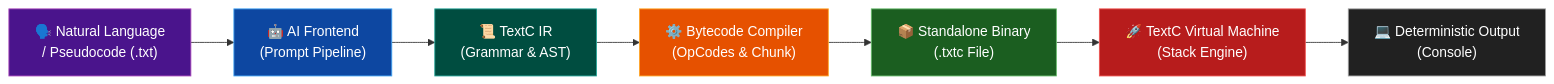
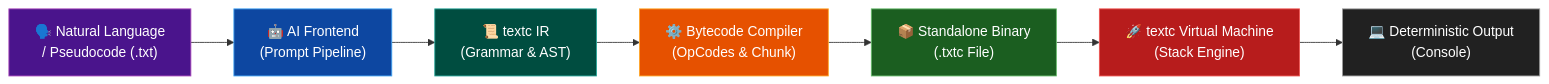
One commit to sapirrior/textc changed the diagram in README.md. Above: the diagram before and after it, drawn with Mermaid. The commit also changed other lines of this file and 2 other files, not shown here.

Commit message:
docs: rename package to text-compiler and cli to textc with npm bin config

````diff
--- a/README.md
+++ b/README.md
@@ -35,17 +36,17 @@
 ```mermaid
 flowchart LR
     A["🗣️ Natural Language\n/ Pseudocode (.txt)"] --> B["🤖 AI Frontend\n(Prompt Pipeline)"]
-    B --> C["📜 TextC IR\n(Grammar & AST)"]
+    B --> C["📜 textc IR\n(Grammar & AST)"]
     C --> D["⚙️ Bytecode Compiler\n(OpCodes & Chunk)"]
     D --> E["📦 Standalone Binary\n(.txtc File)"]
-    E --> F["🚀 TextC Virtual Machine\n(Stack Engine)"]
+    E --> F["🚀 textc Virtual Machine\n(Stack Engine)"]
     F --> G["💻 Deterministic Output\n(Console)"]
 
     style A fill:#4a148c,stroke:#ab47bc,color:#fff
     style B fill:#0d47a1,stroke:#42a5f5,color:#fff
     style C fill:#004d40,stroke:#26a69a,color:#fff
     style D fill:#e65100,stroke:#ffa726,color:#fff
     style E fill:#1b5e20,stroke:#66bb6a,color:#fff
     style F fill:#b71c1c,stroke:#ef5350,color:#fff
     style G fill:#212121,stroke:#9e9e9e,color:#fff
 ```
````
